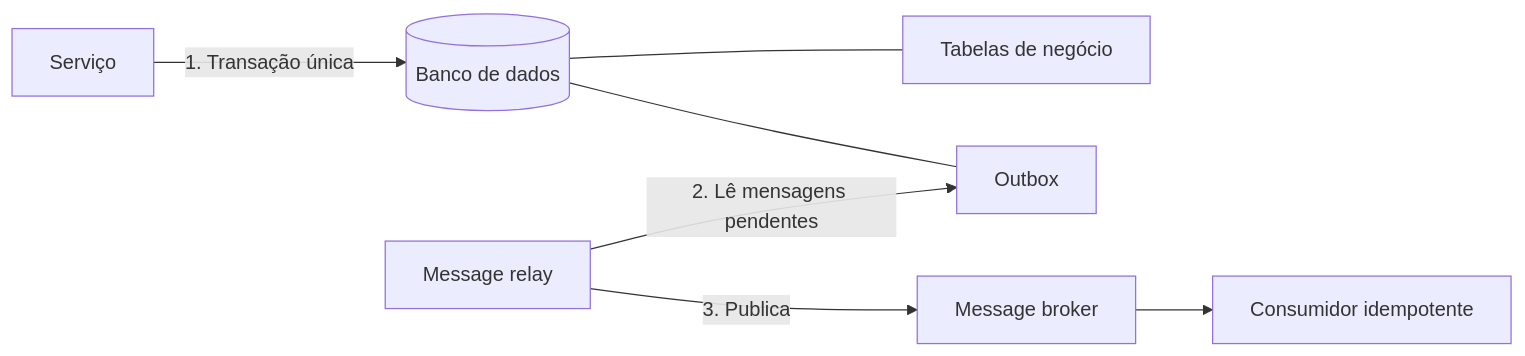
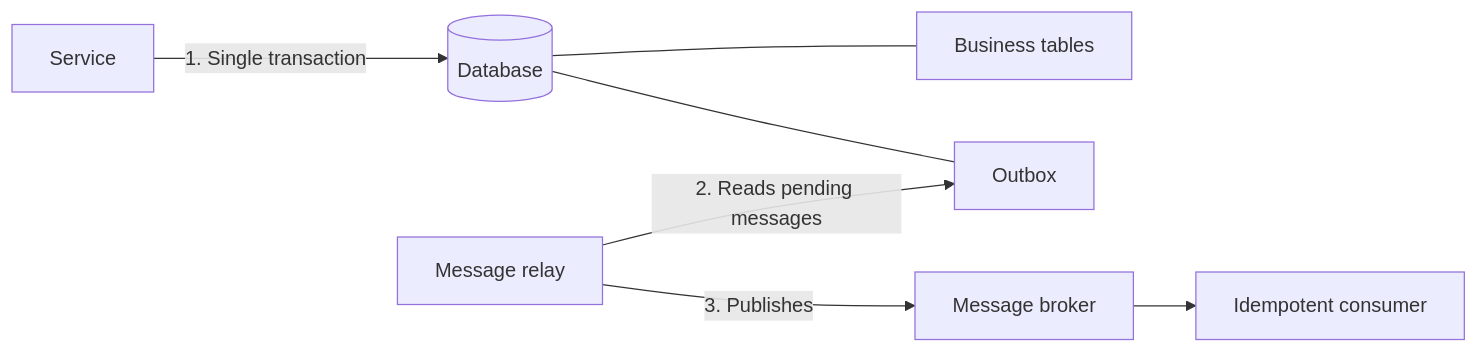
The diagram in docs/architecture/microservices/transactional-messaging/transactional-outbox.md (alancesar/design-patterns), drawn with Mermaid before and after one commit. The commit also changed 258 other files, not shown here.

First line of the commit message:
Translate Mermaid diagrams to English

````diff
--- a/docs/architecture/microservices/transactional-messaging/transactional-outbox.md
+++ b/docs/architecture/microservices/transactional-messaging/transactional-outbox.md
@@ -55,9 +55,9 @@
 ```mermaid
 flowchart LR
-    S["Serviço"] -->|"1. Transação única"| DB[("Banco de dados")]
-    DB --- T["Tabelas de negócio"]
+    S["Service"] -->|"1. Single transaction"| DB[("Database")]
+    DB --- T["Business tables"]
     DB --- O["Outbox"]
-    R["Message relay"] -->|"2. Lê mensagens pendentes"| O
-    R -->|"3. Publica"| B["Message broker"]
-    B --> C["Consumidor idempotente"]
+    R["Message relay"] -->|"2. Reads pending messages"| O
+    R -->|"3. Publishes"| B["Message broker"]
+    B --> C["Idempotent consumer"]
 ```
````
